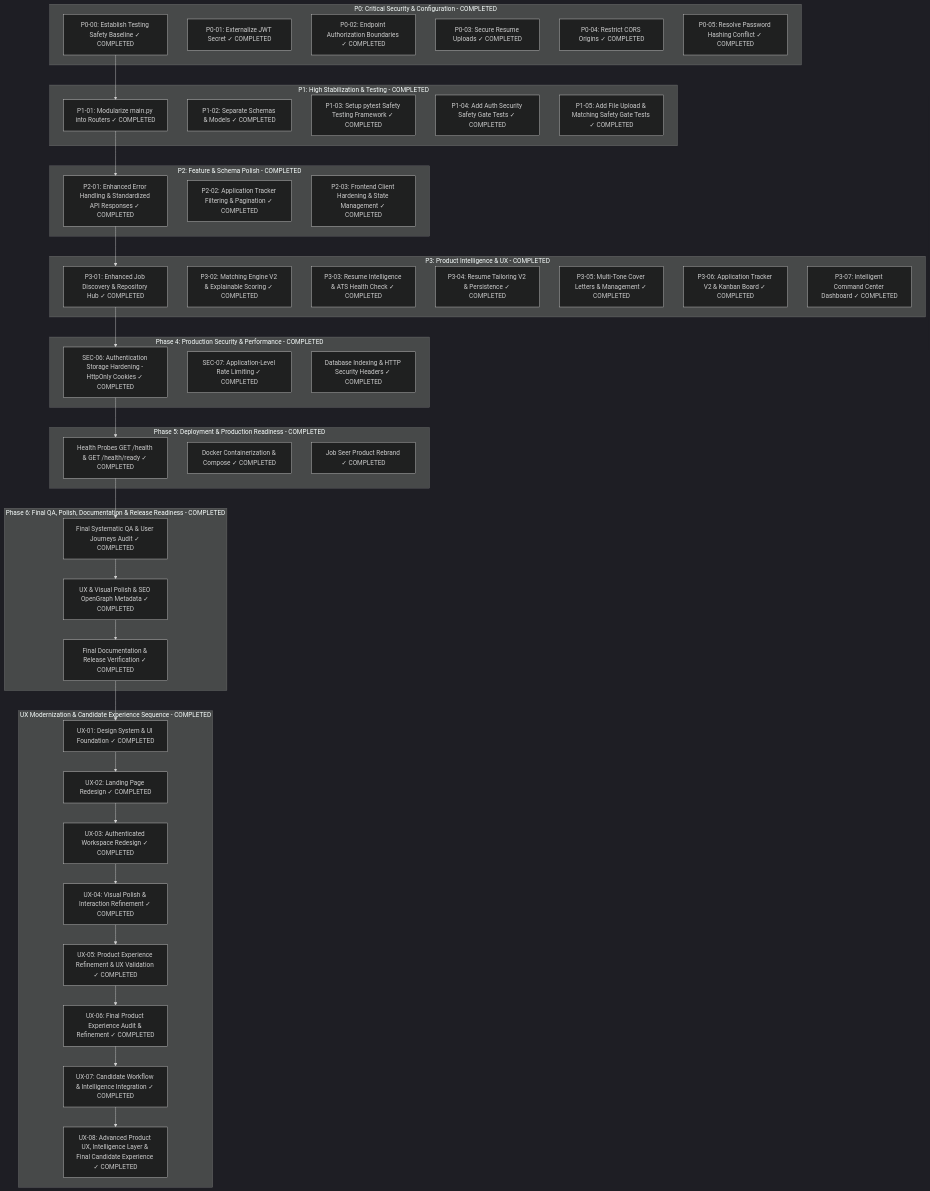
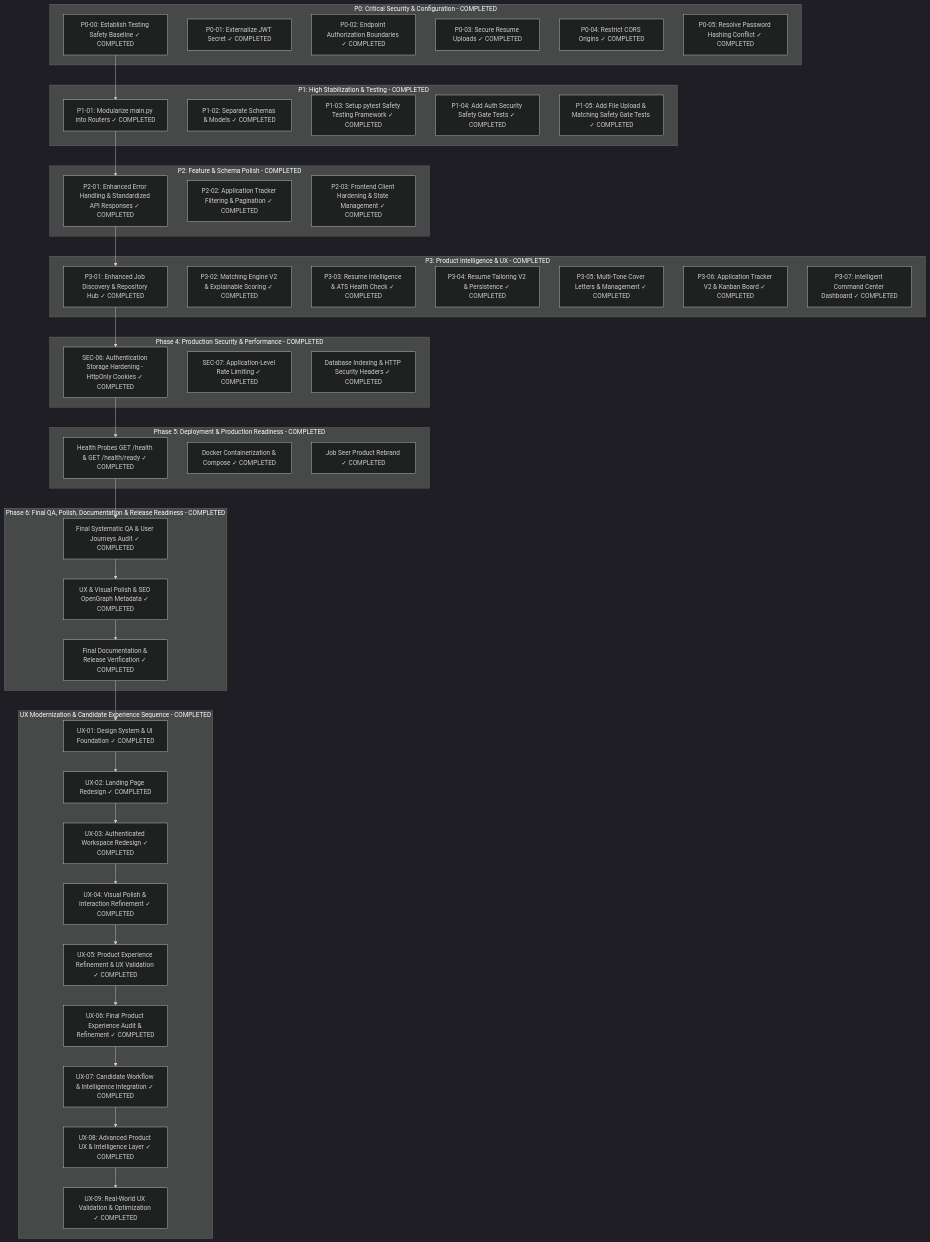
One commit to AlvinMutie/Job-seer changed the diagram in docs/ROADMAP.md. Above: the diagram before and after it, drawn with Mermaid (dark theme). The commit also changed other lines of this file and 44 other files, not shown here.

````diff
--- a/docs/ROADMAP.md
+++ b/docs/ROADMAP.md
@@ -9,66 +9,67 @@
 ```mermaid
 flowchart TD
     subgraph P0 [P0: Critical Security & Configuration - COMPLETED]
         P0-00[P0-00: Establish Testing Safety Baseline ✓ COMPLETED]
         P0-01[P0-01: Externalize JWT Secret ✓ COMPLETED]
         P0-02[P0-02: Endpoint Authorization Boundaries ✓ COMPLETED]
         P0-03[P0-03: Secure Resume Uploads ✓ COMPLETED]
         P0-04[P0-04: Restrict CORS Origins ✓ COMPLETED]
         P0-05[P0-05: Resolve Password Hashing Conflict ✓ COMPLETED]
     end
 
     subgraph P1 [P1: High Stabilization & Testing - COMPLETED]
         P1-01[P1-01: Modularize main.py into Routers ✓ COMPLETED]
         P1-02[P1-02: Separate Schemas & Models ✓ COMPLETED]
         P1-03[P1-03: Setup pytest Safety Testing Framework ✓ COMPLETED]
         P1-04[P1-04: Add Auth Security Safety Gate Tests ✓ COMPLETED]
         P1-05[P1-05: Add File Upload & Matching Safety Gate Tests ✓ COMPLETED]
     end
 
     subgraph P2 [P2: Feature & Schema Polish - COMPLETED]
         P2-01[P2-01: Enhanced Error Handling & Standardized API Responses ✓ COMPLETED]
         P2-02[P2-02: Application Tracker Filtering & Pagination ✓ COMPLETED]
         P2-03[P2-03: Frontend Client Hardening & State Management ✓ COMPLETED]
     end
 
     subgraph P3 [P3: Product Intelligence & UX - COMPLETED]
         P3-01[P3-01: Enhanced Job Discovery & Repository Hub ✓ COMPLETED]
         P3-02[P3-02: Matching Engine V2 & Explainable Scoring ✓ COMPLETED]
         P3-03[P3-03: Resume Intelligence & ATS Health Check ✓ COMPLETED]
         P3-04[P3-04: Resume Tailoring V2 & Persistence ✓ COMPLETED]
         P3-05[P3-05: Multi-Tone Cover Letters & Management ✓ COMPLETED]
         P3-06[P3-06: Application Tracker V2 & Kanban Board ✓ COMPLETED]
         P3-07[P3-07: Intelligent Command Center Dashboard ✓ COMPLETED]
     end
 
     subgraph P4 [Phase 4: Production Security & Performance - COMPLETED]
         P4-SEC06[SEC-06: Authentication Storage Hardening - HttpOnly Cookies ✓ COMPLETED]
         P4-SEC07[SEC-07: Application-Level Rate Limiting ✓ COMPLETED]
         P4-PERF[Database Indexing & HTTP Security Headers ✓ COMPLETED]
     end
 
     subgraph P5 [Phase 5: Deployment & Production Readiness - COMPLETED]
         P5-HEALTH[Health Probes GET /health & GET /health/ready ✓ COMPLETED]
         P5-DOCKER[Docker Containerization & Compose ✓ COMPLETED]
         P5-REBRAND[Job Seer Product Rebrand ✓ COMPLETED]
     end
 
     subgraph P6 [Phase 6: Final QA, Polish, Documentation & Release Readiness - COMPLETED]
         P6-QA[Final Systematic QA & User Journeys Audit ✓ COMPLETED]
         P6-POLISH[UX & Visual Polish & SEO OpenGraph Metadata ✓ COMPLETED]
         P6-DOCS[Final Documentation & Release Verification ✓ COMPLETED]
     end
 
     subgraph UX [UX Modernization & Candidate Experience Sequence - COMPLETED]
         UX-01[UX-01: Design System & UI Foundation ✓ COMPLETED]
         UX-02[UX-02: Landing Page Redesign ✓ COMPLETED]
         UX-03[UX-03: Authenticated Workspace Redesign ✓ COMPLETED]
         UX-04[UX-04: Visual Polish & Interaction Refinement ✓ COMPLETED]
         UX-05[UX-05: Product Experience Refinement & UX Validation ✓ COMPLETED]
         UX-06[UX-06: Final Product Experience Audit & Refinement ✓ COMPLETED]
         UX-07[UX-07: Candidate Workflow & Intelligence Integration ✓ COMPLETED]
-        UX-08[UX-08: Advanced Product UX, Intelligence Layer & Final Candidate Experience ✓ COMPLETED]
+        UX-08[UX-08: Advanced Product UX & Intelligence Layer ✓ COMPLETED]
+        UX-09[UX-09: Real-World UX Validation & Optimization ✓ COMPLETED]
     end
 
-    P0-00 --> P1-01 --> P2-01 --> P3-01 --> P4-SEC06 --> P5-HEALTH --> P6-QA --> P6-POLISH --> P6-DOCS --> UX-01 --> UX-02 --> UX-03 --> UX-04 --> UX-05 --> UX-06 --> UX-07 --> UX-08
+    P0-00 --> P1-01 --> P2-01 --> P3-01 --> P4-SEC06 --> P5-HEALTH --> P6-QA --> P6-POLISH --> P6-DOCS --> UX-01 --> UX-02 --> UX-03 --> UX-04 --> UX-05 --> UX-06 --> UX-07 --> UX-08 --> UX-09
 ```
````
